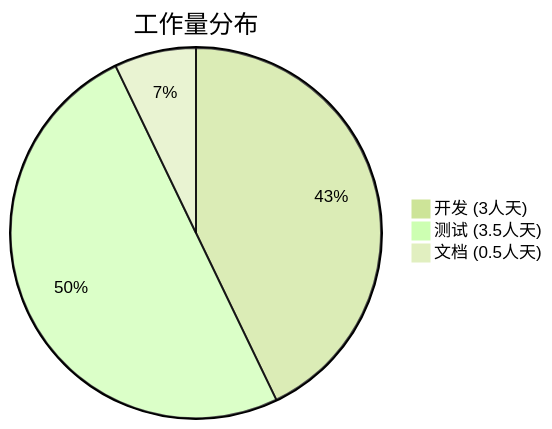
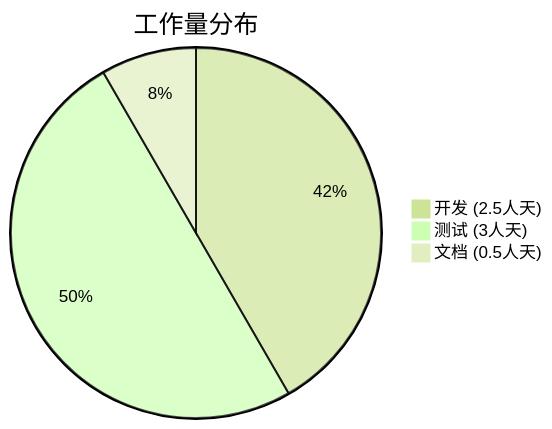
One commit to javadoors/cluster-api-provider-bke changed the sixth of 7 diagrams in code/performance/report/api-throttling-optimization.md. Above: the diagram before and after it, drawn with Mermaid (forest theme). The commit also changed other lines of this file, not shown here.

````diff
--- a/code/performance/report/api-throttling-optimization.md
+++ b/code/performance/report/api-throttling-optimization.md
@@ -799,6 +614,6 @@
 ```mermaid
 pie title 工作量分布
-    "开发 (3人天)" : 3
-    "测试 (3.5人天)" : 3.5
+    "开发 (2.5人天)" : 2.5
+    "测试 (3人天)" : 3
     "文档 (0.5人天)" : 0.5
 ```
````
